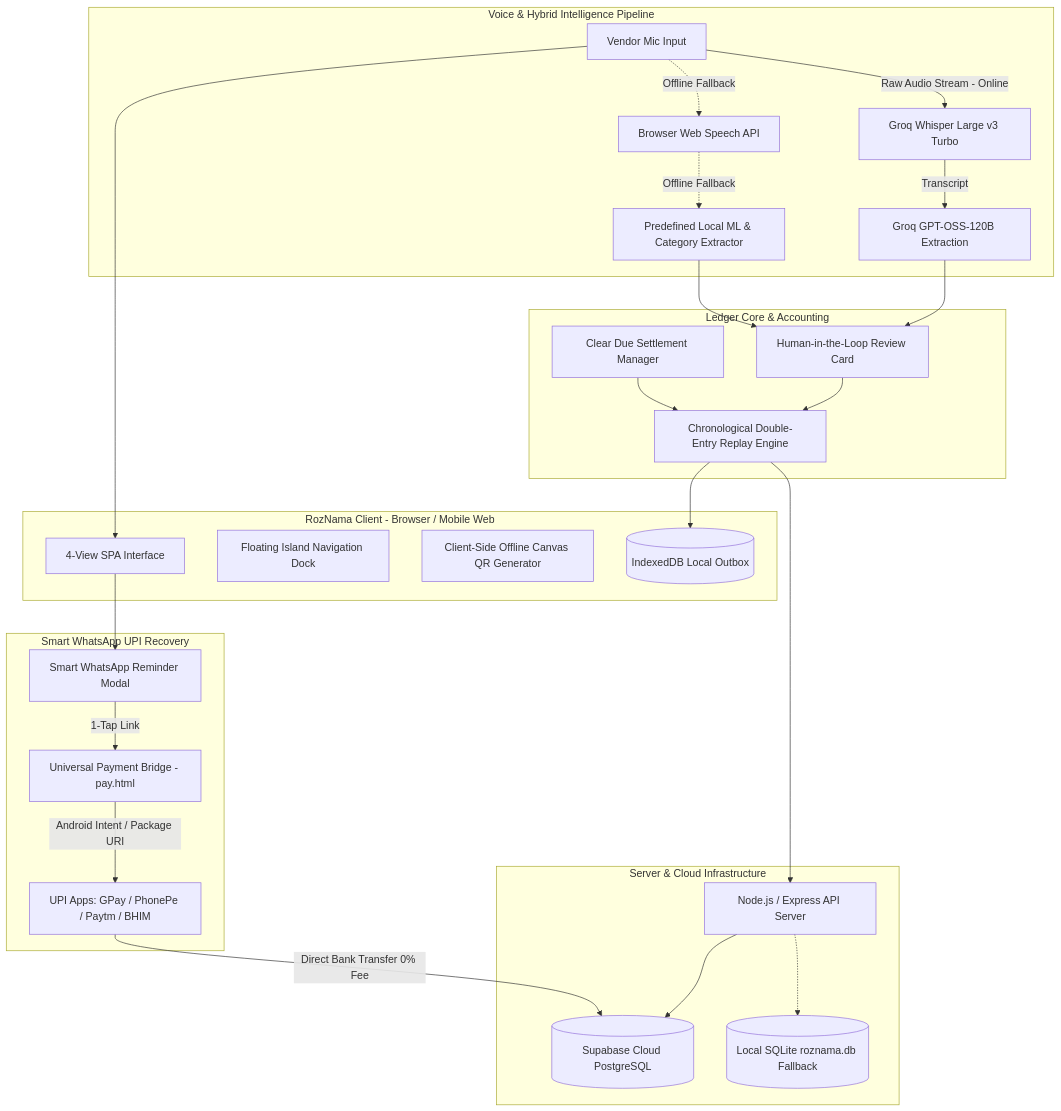
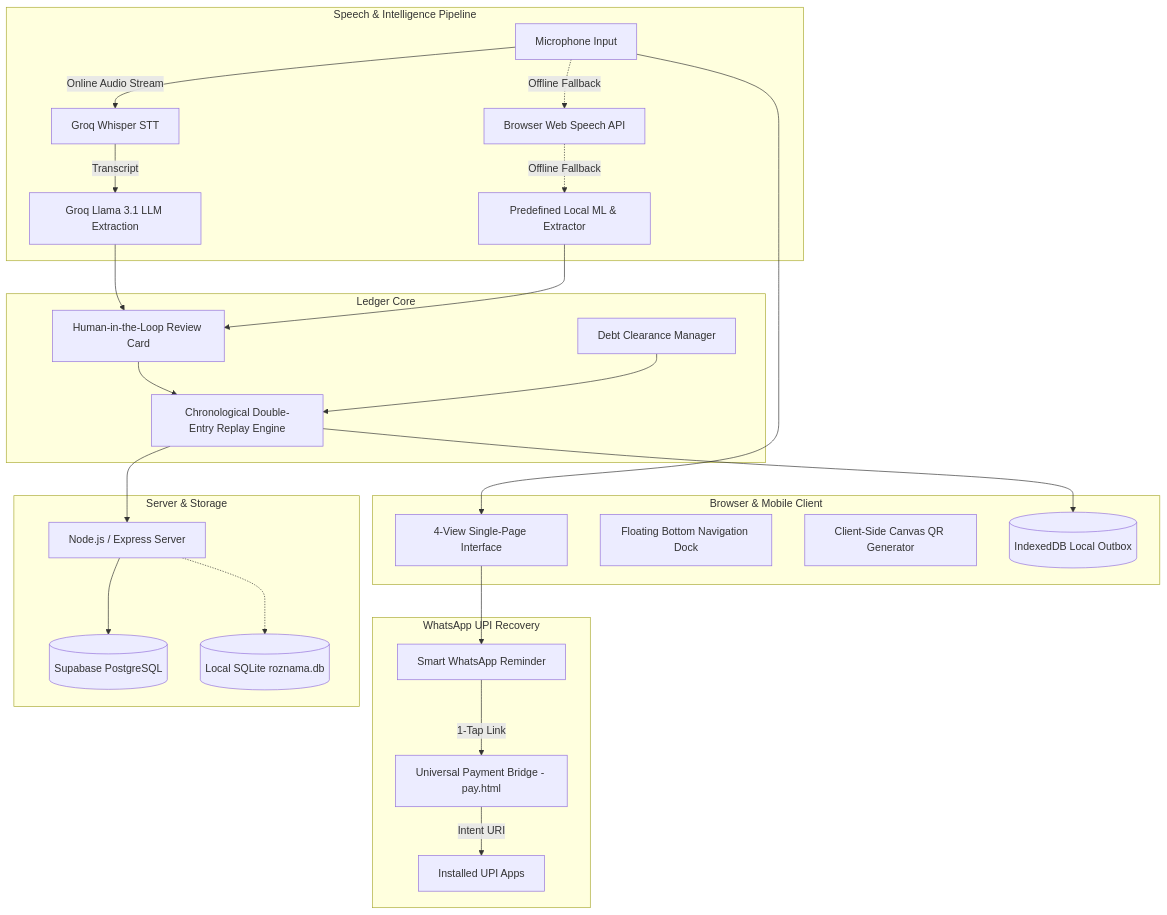
One commit to Haziq2602/RozNama changed the diagram in README.md. Above: the diagram before and after it, drawn with Mermaid. The commit also changed other lines of this file and 3 other files, not shown here.

````diff
--- a/README.md
+++ b/README.md
@@ -111,48 +55,47 @@
 ```mermaid
 flowchart TD
-    subgraph Client [RozNama Client - Browser / Mobile Web]
-        UI[4-View SPA Interface]
-        NAV[Floating Island Navigation Dock]
-        QR[Client-Side Offline Canvas QR Generator]
+    subgraph Client [Browser & Mobile Client]
+        UI[4-View Single-Page Interface]
+        NAV[Floating Bottom Navigation Dock]
+        QR[Client-Side Canvas QR Generator]
         IDB[(IndexedDB Local Outbox)]
     end
 
-    subgraph SpeechAI [Voice & Hybrid Intelligence Pipeline]
-        MIC[Vendor Mic Input] -->|Raw Audio Stream - Online| WSP[Groq Whisper Large v3 Turbo]
+    subgraph Intelligence [Speech & Intelligence Pipeline]
+        MIC[Microphone Input] -->|Online Audio Stream| WSP[Groq Whisper STT]
         MIC -.->|Offline Fallback| WSAPI[Browser Web Speech API]
-        WSP -->|Transcript| LLM[Groq GPT-OSS-120B Extraction]
-        WSAPI -.->|Offline Fallback| OFFLINE_ML[Predefined Local ML & Category Extractor]
+        WSP -->|Transcript| LLM[Groq Llama 3.1 LLM Extraction]
+        WSAPI -.->|Offline Fallback| OFFLINE_ML[Predefined Local ML & Extractor]
     end
 
-    subgraph LedgerCore [Ledger Core & Accounting]
+    subgraph Ledger [Ledger Core]
         REV[Human-in-the-Loop Review Card]
         CHRONO[Chronological Double-Entry Replay Engine]
-        CLEAR[Clear Due Settlement Manager]
+        CLEAR[Debt Clearance Manager]
     end
 
-    subgraph Payments [Smart WhatsApp UPI Recovery]
-        WA[Smart WhatsApp Reminder Modal]
+    subgraph Payment [WhatsApp UPI Recovery]
+        WA[Smart WhatsApp Reminder]
         PAY[Universal Payment Bridge - pay.html]
-        APPS[UPI Apps: GPay / PhonePe / Paytm / BHIM]
+        APPS[Installed UPI Apps]
     end
 
-    subgraph Backend [Server & Cloud Infrastructure]
-        SRV[Node.js / Express API Server]
-        SUPA[(Supabase Cloud PostgreSQL)]
-        SQLITE[(Local SQLite roznama.db Fallback)]
+    subgraph Backend [Server & Storage]
+        SRV[Node.js / Express Server]
+        SUPA[(Supabase PostgreSQL)]
+        SQLITE[(Local SQLite roznama.db)]
     end
 
     MIC --> UI
     LLM --> REV
     OFFLINE_ML --> REV
     REV --> CHRONO
     CLEAR --> CHRONO
     CHRONO --> IDB
     CHRONO --> SRV
     SRV --> SUPA
     SRV -.-> SQLITE
     UI --> WA
     WA -->|1-Tap Link| PAY
-    PAY -->|Android Intent / Package URI| APPS
-    APPS -->|Direct Bank Transfer 0% Fee| SUPA
+    PAY -->|Intent URI| APPS
 ```
````
